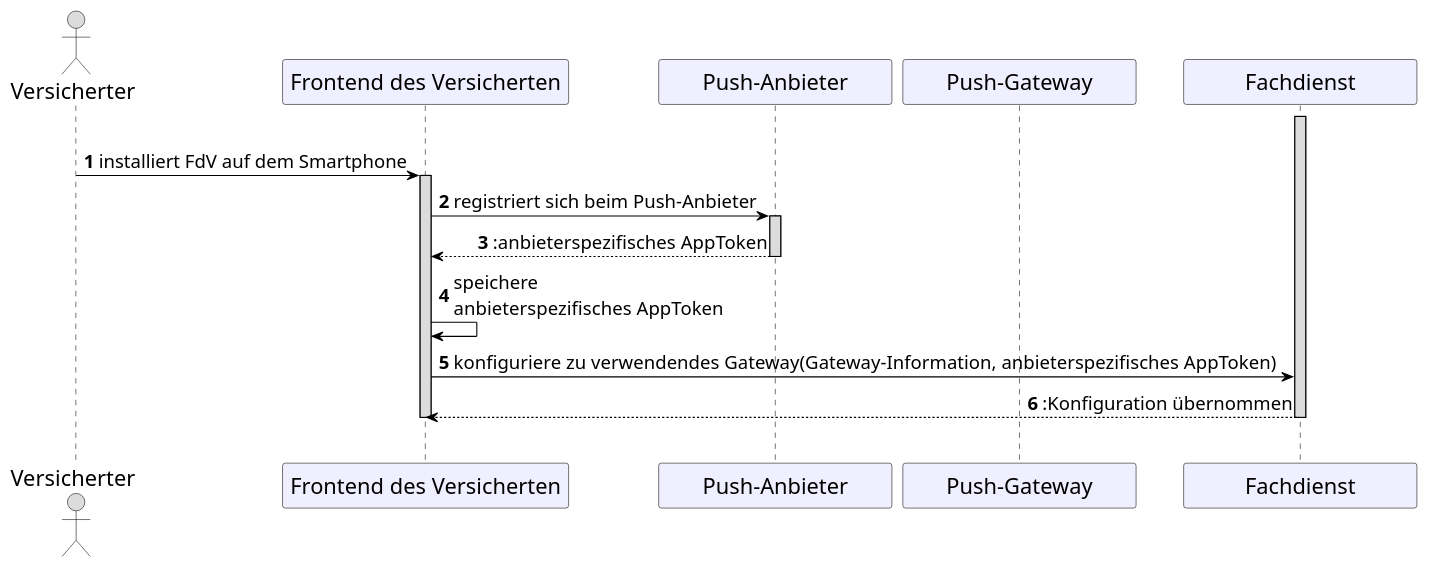
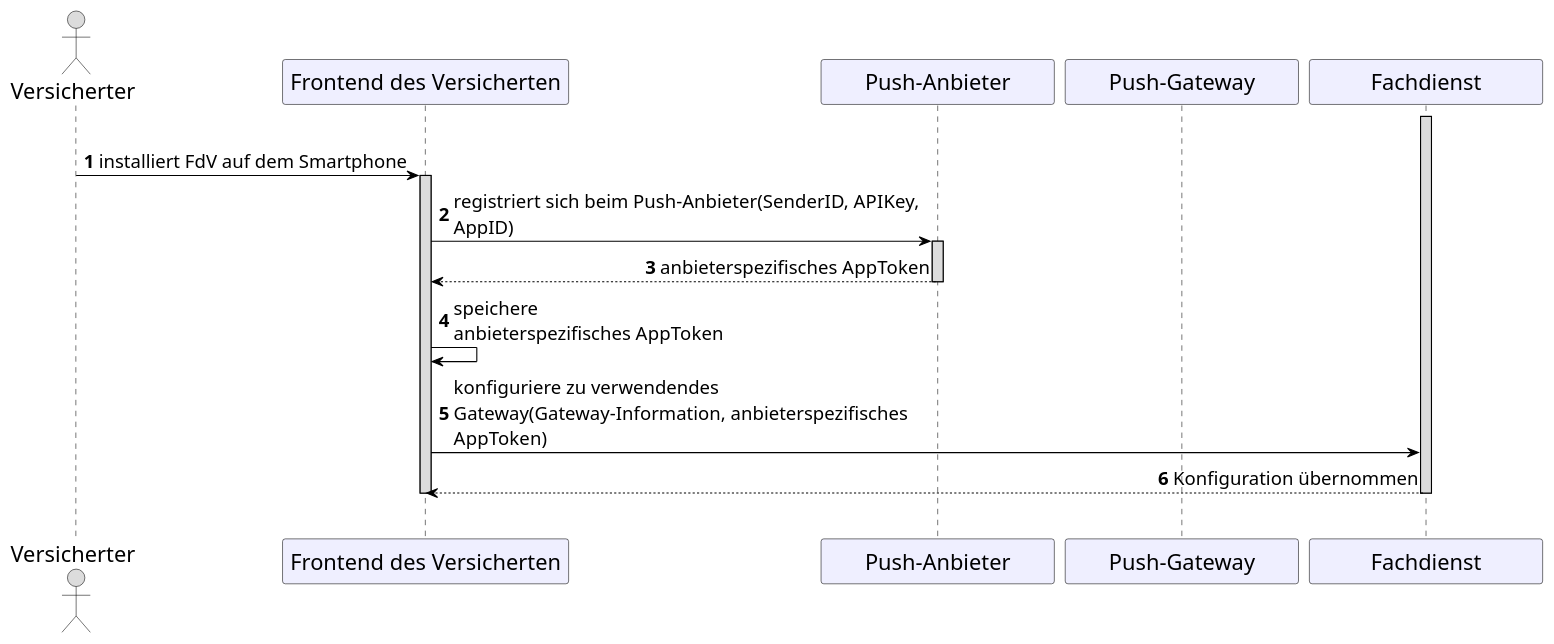
One commit to gematik/api-ti-messenger changed the diagram in src/plantuml/ePA_FDV/push_notifications_fdv_registration.puml. Above: the diagram before and after it, drawn with PlantUML. The commit also changed 1 other file, not shown here.

```diff
--- a/src/plantuml/ePA_FDV/push_notifications_fdv_registration.puml
+++ b/src/plantuml/ePA_FDV/push_notifications_fdv_registration.puml
@@ -1,54 +1,52 @@
 @startuml
 skinparam sequenceMessageAlign direction
 skinparam minClassWidth 200
 skinparam BoxPadding 1
 skinparam sequenceReferenceHeaderBackgroundColor palegreen
 scale max 2048 width
+skinparam maxMessageSize 450
 
 skinparam sequence {
 ArrowColor black
 ArrowFontSize 17
 ActorBorderColor black
 LifeLineBorderColor black
 LifeLineBackgroundColor Gainsboro
 
 ParticipantBorderColor Motivation
 ParticipantBackgroundColor Motivation
-'ParticipantFontName Impact
 ParticipantFontSize 20
 ParticipantFontColor black
 ParticipantBorderColor Black
 ParticipantBackgroundColor MOTIVATION
 
 ActorBackgroundColor Gainsboro
 ActorFontColor black
 ActorFontSize 20
-'ActorFontName Aapex
 }
-
 autonumber
     
-    actor v as "Versicherter"
-    participant fdv as "Frontend des Versicherten"
-    'box <size:18>Messenger-Service\n#WhiteSmoke
-    participant pa as "Push-Anbieter"
-    participant pg as "Push-Gateway"
-    participant fd as "Fachdienst"
-    'end box
+actor v as "Versicherter"
+participant fdv as "Frontend des Versicherten"
+'box <size:18>Messenger-Service\n#WhiteSmoke
+participant pa as "Push-Anbieter"
+participant pg as "Push-Gateway"
+participant fd as "Fachdienst"
+'end box
 
 |||
   activate fd
   v->fdv: installiert FdV auf dem Smartphone
   activate fdv
-  fdv->pa: registriert sich beim Push-Anbieter
+  fdv->pa: registriert sich beim Push-Anbieter(SenderID, APIKey, AppID)
   activate pa
-  pa-->fdv: :anbieterspezifisches AppToken
+  pa-->fdv: anbieterspezifisches AppToken
   deactivate pa
   fdv->fdv: speichere \nanbieterspezifisches AppToken
   fdv->fd: konfiguriere zu verwendendes Gateway(Gateway-Information, anbieterspezifisches AppToken)
-  fd-->fdv: :Konfiguration übernommen
+  fd-->fdv: Konfiguration übernommen
 |||
 
   deactivate fd
   deactivate fdv
 @enduml
```
